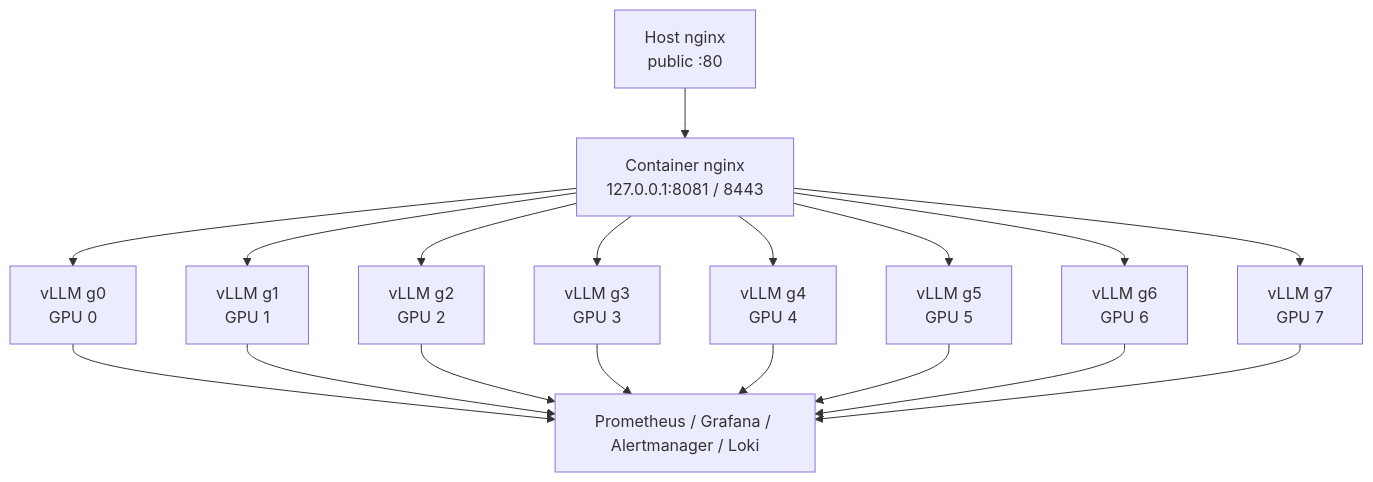
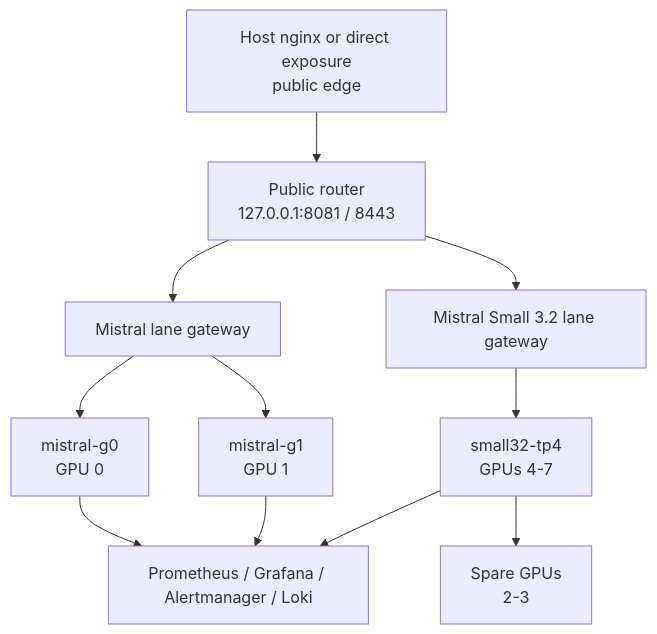
One commit to subashram/h100-mistral7b-setup changed the diagram in docs/architecture.md. Above: the diagram before and after it, drawn with Mermaid. The commit also changed other lines of this file and 16 other files, not shown here.

Commit message:
Add Mistral Small 3.2 serving lane

````diff
--- a/docs/architecture.md
+++ b/docs/architecture.md
@@ -7,21 +7,14 @@
 ```mermaid
 flowchart TD
-    public["Host nginx<br/>public :80"] --> internal["Container nginx<br/>127.0.0.1:8081 / 8443"]
-    internal --> g0["vLLM g0<br/>GPU 0"]
-    internal --> g1["vLLM g1<br/>GPU 1"]
-    internal --> g2["vLLM g2<br/>GPU 2"]
-    internal --> g3["vLLM g3<br/>GPU 3"]
-    internal --> g4["vLLM g4<br/>GPU 4"]
-    internal --> g5["vLLM g5<br/>GPU 5"]
-    internal --> g6["vLLM g6<br/>GPU 6"]
-    internal --> g7["vLLM g7<br/>GPU 7"]
+    public["Host nginx or direct exposure<br/>public edge"] --> router["Public router<br/>127.0.0.1:8081 / 8443"]
+    router --> mistral_gateway["Mistral lane gateway"]
+    router --> small32_gateway["Mistral Small 3.2 lane gateway"]
+    mistral_gateway --> m0["mistral-g0<br/>GPU 0"]
+    mistral_gateway --> m1["mistral-g1<br/>GPU 1"]
+    small32_gateway --> x0["small32-tp4<br/>GPUs 4-7"]
+    x0 --> spare["Spare GPUs<br/>2-3"]
 
-    g0 --> obs["Prometheus / Grafana / Alertmanager / Loki"]
-    g1 --> obs
-    g2 --> obs
-    g3 --> obs
-    g4 --> obs
-    g5 --> obs
-    g6 --> obs
-    g7 --> obs
+    m0 --> obs["Prometheus / Grafana / Alertmanager / Loki"]
+    m1 --> obs
+    x0 --> obs
 ```
````
